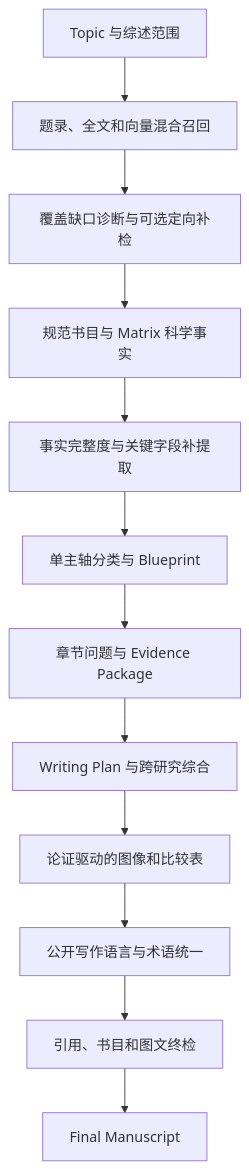
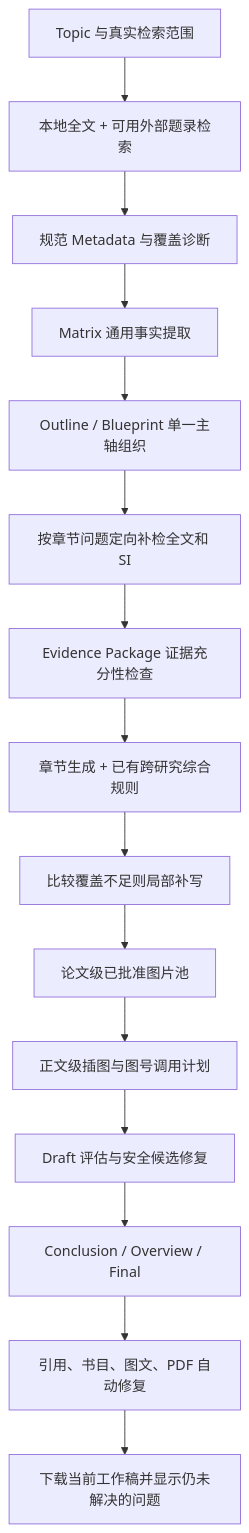
Before and after one commit to XuehaiWang/review-writer: the diagram in docs/reviewer-feedback-general-content-quality-optimization-plan.zh-CN.md, drawn with Mermaid. The commit also changed other lines of this file and 98 other files, not shown here.

````diff
--- a/docs/reviewer-feedback-general-content-quality-optimization-plan.zh-CN.md
+++ b/docs/reviewer-feedback-general-content-quality-optimization-plan.zh-CN.md
@@ -70,14 +144,17 @@
 ```mermaid
 flowchart TD
-    A[Topic 与综述范围] --> B[题录、全文和向量混合召回]
-    B --> C[覆盖缺口诊断与可选定向补检]
-    C --> D[规范书目与 Matrix 科学事实]
-    D --> E[事实完整度与关键字段补提取]
-    E --> F[单主轴分类与 Blueprint]
-    F --> G[章节问题与 Evidence Package]
-    G --> H[Writing Plan 与跨研究综合]
-    H --> I[论证驱动的图像和比较表]
-    I --> J[公开写作语言与术语统一]
-    J --> K[引用、书目和图文终检]
-    K --> L[Final Manuscript]
+    A[Topic 与真实检索范围] --> B[本地全文 + 可用外部题录检索]
+    B --> C[规范 Metadata 与覆盖诊断]
+    C --> D[Matrix 通用事实提取]
+    D --> E[Outline / Blueprint 单一主轴组织]
+    E --> F[按章节问题定向补检全文和 SI]
+    F --> G[Evidence Package 证据充分性检查]
+    G --> H[章节生成 + 已有跨研究综合规则]
+    H --> I[比较覆盖不足则局部补写]
+    I --> J[论文级已批准图片池]
+    J --> K[正文级插图与图号调用计划]
+    K --> L[Draft 评估与安全候选修复]
+    L --> M[Conclusion / Overview / Final]
+    M --> N[引用、书目、图文、PDF 自动修复]
+    N --> O[下载当前工作稿并显示仍未解决的问题]
 ```
````
